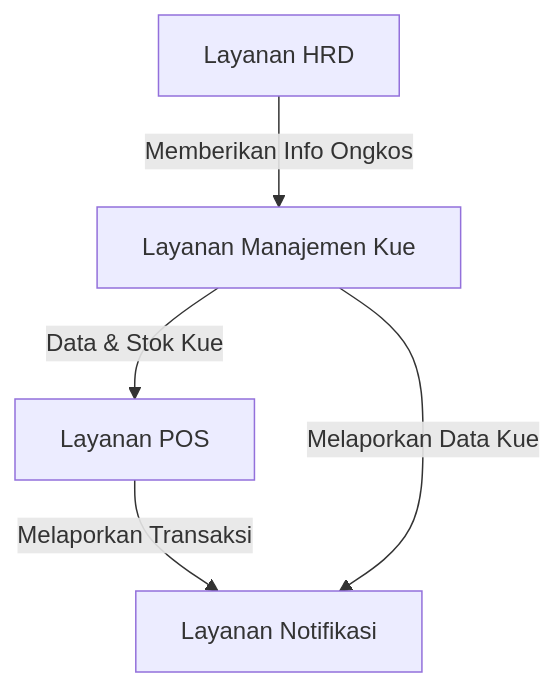
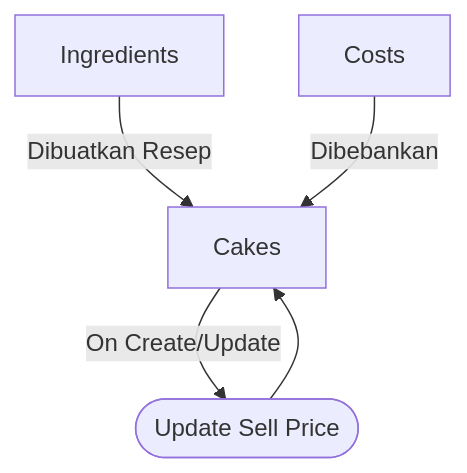
The diagram in README.md (bypr1/gx-toko-kue), drawn with Mermaid before and after one commit. The commit also changed other lines of this file, not shown here.

````diff
--- a/README.md
+++ b/README.md
@@ -21,7 +14,7 @@
 ```mermaid
 flowchart TD
-    A[Layanan POS] -->|Melaporkan Transaksi| D[Layanan Notifikasi]
-    C[Layanan HRD] --> |Memberikan Info Ongkos| B[Layanan Manajemen Kue]
-    B -->|Melaporkan Data Kue| D
-    B -->|Data & Stok Kue| A
+    A[Ingredients] -->|Dibuatkan Resep| D[Cakes]
+    C[Costs] --> |Dibebankan| D
+    D -->|On Create/Update| E([Update Sell Price])
+    E --> D
 ```
````
